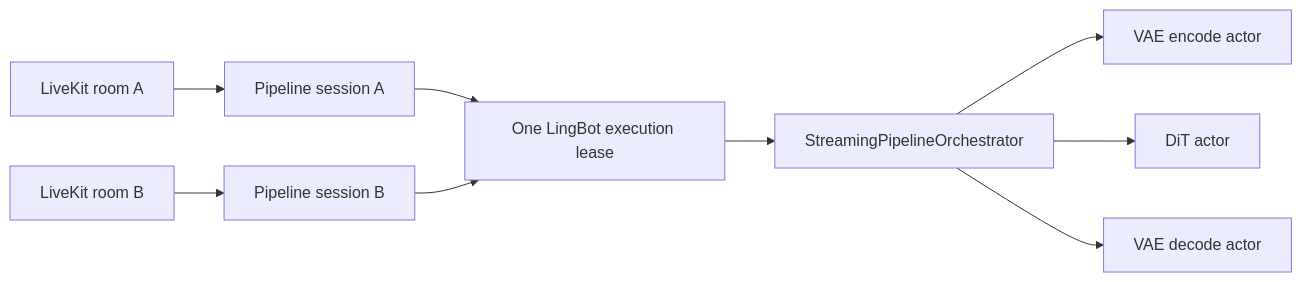
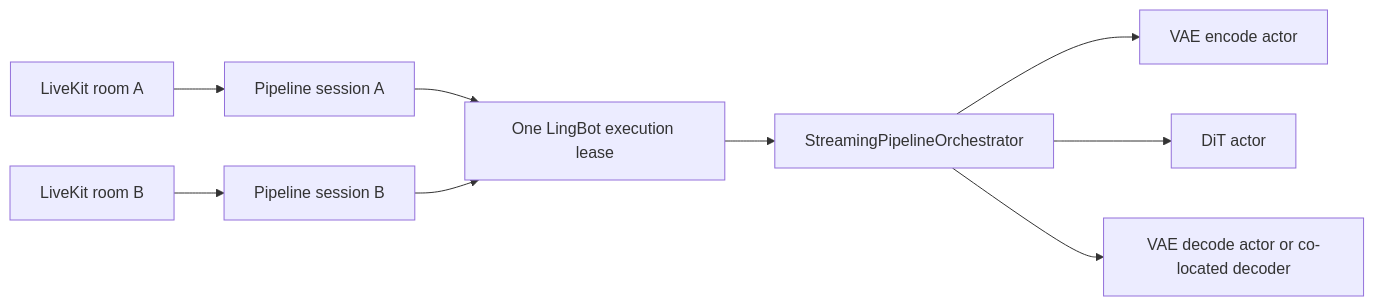
One commit to L17807593/TeleFuser changed the diagram in examples/lingbot/README.md. Above: the diagram before and after it, drawn with Mermaid. The commit also changed other lines of this file and 12 other files, not shown here.

````diff
--- a/examples/lingbot/README.md
+++ b/examples/lingbot/README.md
@@ -172,11 +230,11 @@
 ```mermaid
 flowchart LR
     R1[LiveKit room A] --> S1[Pipeline session A]
     R2[LiveKit room B] --> S2[Pipeline session B]
     S1 --> L[One LingBot execution lease]
     S2 --> L
     L --> O[StreamingPipelineOrchestrator]
     O --> E[VAE encode actor]
     O --> D[DiT actor]
-    O --> V[VAE decode actor]
+    O --> V[VAE decode actor or co-located decoder]
 ```
````
